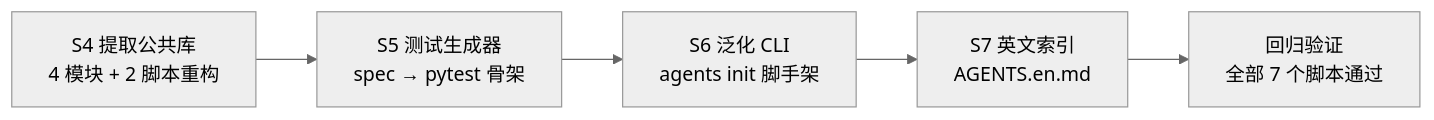
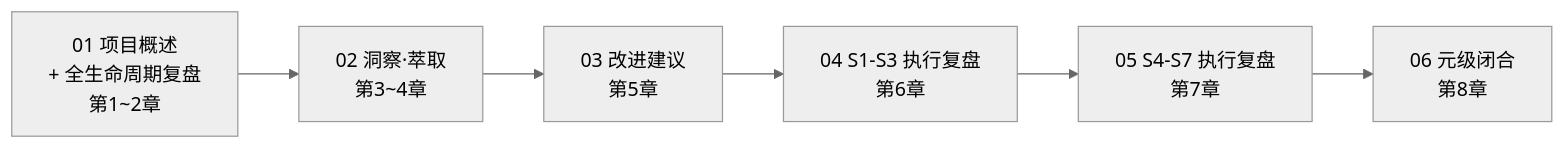
One commit to xinetzone/SpecWeave changed the diagram in docs/retrospective/reports/retrospective-insight-extraction-comprehensive-20260623.md. Above: the diagram before and after it, drawn with Mermaid (neutral theme). The commit also changed other lines of this file and 23 other files, not shown here.

````diff
--- a/docs/retrospective/reports/retrospective-insight-extraction-comprehensive-20260623.md
+++ b/docs/retrospective/reports/retrospective-insight-extraction-comprehensive-20260623.md
@@ -583,7 +15,8 @@
 ```mermaid
 flowchart LR
-    S4["S4 提取公共库<br/>4 模块 + 2 脚本重构"] --> S5["S5 测试生成器<br/>spec → pytest 骨架"]
-    S5 --> S6["S6 泛化 CLI<br/>agents init 脚手架"]
-    S6 --> S7["S7 英文索引<br/>AGENTS.en.md"]
-    S7 --> V["回归验证<br/>全部 7 个脚本通过"]
+    M1["01 项目概述<br/>+ 全生命周期复盘<br/>第1~2章"] --> M2["02 洞察·萃取<br/>第3~4章"]
+    M2 --> M3["03 改进建议<br/>第5章"]
+    M3 --> M4["04 S1-S3 执行复盘<br/>第6章"]
+    M4 --> M5["05 S4-S7 执行复盘<br/>第7章"]
+    M5 --> M6["06 元级闭合<br/>第8章"]
 ```
````
